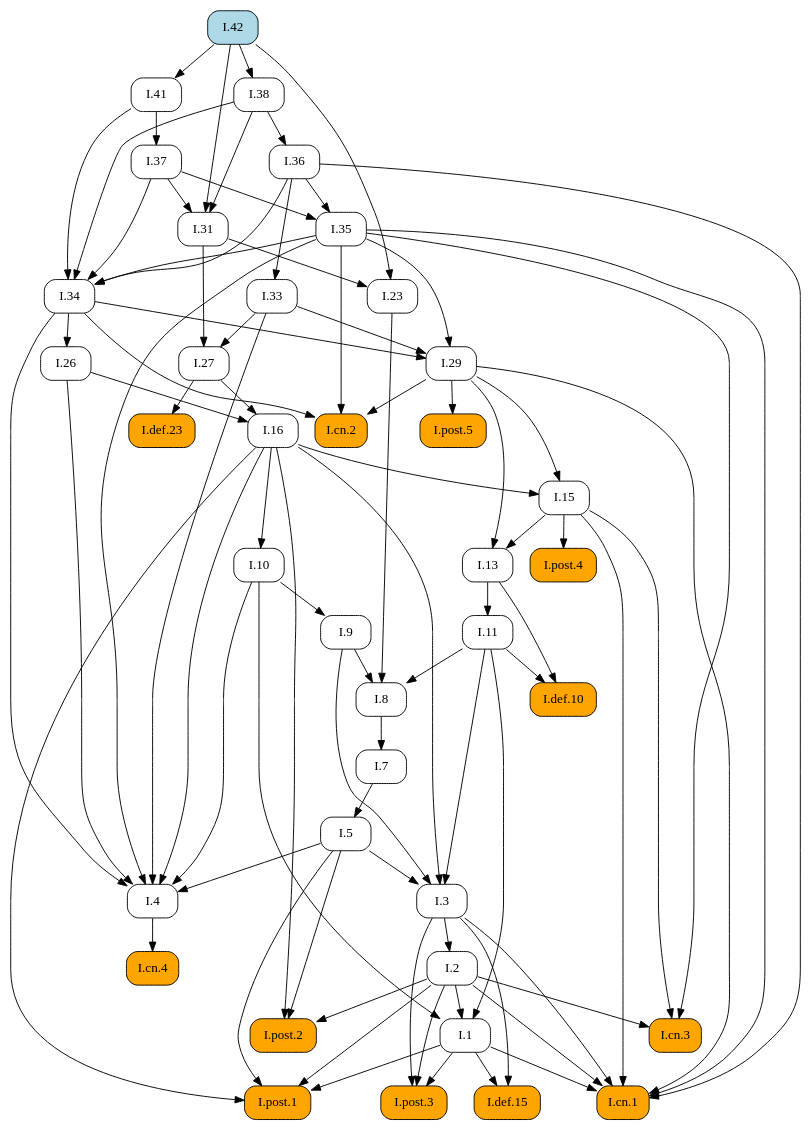
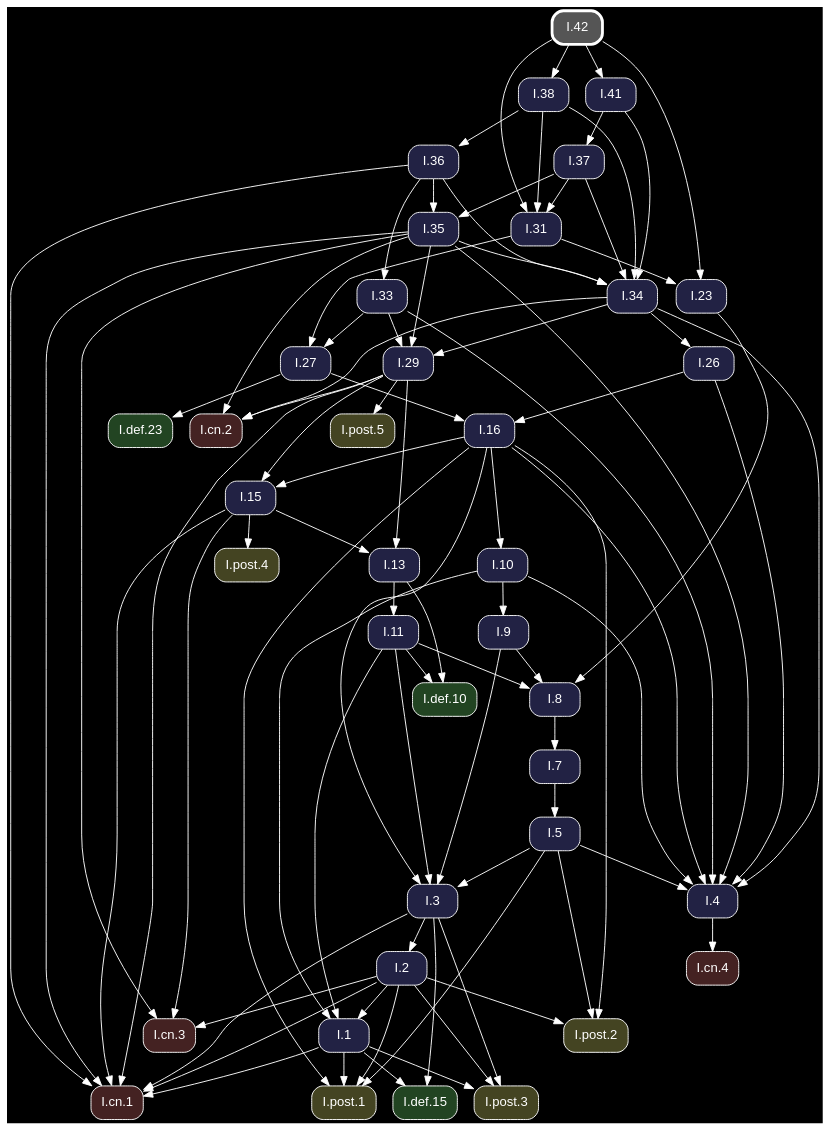
Before and after one commit to geometor/elements: the diagram in docsrc/heath/I/42/index.rst, drawn with Graphviz. The commit also changed other lines of this file and 1200 other files, not shown here.

Commit message:
update dependency graphs

```diff
--- a/docsrc/heath/I/42/index.rst
+++ b/docsrc/heath/I/42/index.rst
@@ -39,77 +39,55 @@
 .. graphviz::
 
    digraph {
+     bgcolor="black";
+     node [shape=box, style="rounded,filled", fontname="Helvetica", color="white", fontcolor="white"];
+     edge [color="white", fontcolor="white"];
      rankdir="TB";
-     node [shape=box, style=rounded];
-     "I.23" [URL="/heath/I/23/", target="_top"];
-     "I.9" [URL="/heath/I/9/", target="_top"];
-     "I.33" [URL="/heath/I/33/", target="_top"];
-     "I.def.15" [style="rounded,filled", fillcolor=orange, URL="/heath/I/def.15/", target="_top"];
-     "I.post.3" [style="rounded,filled", fillcolor=orange, URL="/heath/I/post.3/", target="_top"];
-     "I.post.1" [style="rounded,filled", fillcolor=orange, URL="/heath/I/post.1/", target="_top"];
-     "I.42" [style="rounded,filled", fillcolor=lightblue, URL="/heath/I/42/", target="_top"];
-     "I.31" [URL="/heath/I/31/", target="_top"];
-     "I.def.10" [style="rounded,filled", fillcolor=orange, URL="/heath/I/def.10/", target="_top"];
-     "I.27" [URL="/heath/I/27/", target="_top"];
-     "I.34" [URL="/heath/I/34/", target="_top"];
-     "I.3" [URL="/heath/I/3/", target="_top"];
-     "I.35" [URL="/heath/I/35/", target="_top"];
-     "I.cn.1" [style="rounded,filled", fillcolor=orange, URL="/heath/I/cn.1/", target="_top"];
-     "I.7" [URL="/heath/I/7/", target="_top"];
-     "I.2" [URL="/heath/I/2/", target="_top"];
-     "I.36" [URL="/heath/I/36/", target="_top"];
-     "I.13" [URL="/heath/I/13/", target="_top"];
-     "I.post.4" [style="rounded,filled", fillcolor=orange, URL="/heath/I/post.4/", target="_top"];
-     "I.4" [URL="/heath/I/4/", target="_top"];
-     "I.1" [URL="/heath/I/1/", target="_top"];
-     "I.5" [URL="/heath/I/5/", target="_top"];
-     "I.37" [URL="/heath/I/37/", target="_top"];
-     "I.8" [URL="/heath/I/8/", target="_top"];
-     "I.29" [URL="/heath/I/29/", target="_top"];
-     "I.cn.3" [style="rounded,filled", fillcolor=orange, URL="/heath/I/cn.3/", target="_top"];
-     "I.16" [URL="/heath/I/16/", target="_top"];
-     "I.38" [URL="/heath/I/38/", target="_top"];
-     "I.15" [URL="/heath/I/15/", target="_top"];
-     "I.10" [URL="/heath/I/10/", target="_top"];
-     "I.11" [URL="/heath/I/11/", target="_top"];
-     "I.def.23" [style="rounded,filled", fillcolor=orange, URL="/heath/I/def.23/", target="_top"];
-     "I.cn.2" [style="rounded,filled", fillcolor=orange, URL="/heath/I/cn.2/", target="_top"];
-     "I.post.5" [style="rounded,filled", fillcolor=orange, URL="/heath/I/post.5/", target="_top"];
-     "I.cn.4" [style="rounded,filled", fillcolor=orange, URL="/heath/I/cn.4/", target="_top"];
-     "I.41" [URL="/heath/I/41/", target="_top"];
-     "I.post.2" [style="rounded,filled", fillcolor=orange, URL="/heath/I/post.2/", target="_top"];
-     "I.26" [URL="/heath/I/26/", target="_top"];
-     "I.31" -> "I.23";
-     "I.42" -> "I.23";
-     "I.10" -> "I.9";
-     "I.36" -> "I.33";
-     "I.1" -> "I.def.15";
-     "I.3" -> "I.def.15";
-     "I.1" -> "I.post.3";
-     "I.2" -> "I.post.3";
-     "I.3" -> "I.post.3";
-     "I.1" -> "I.post.1";
-     "I.2" -> "I.post.1";
-     "I.5" -> "I.post.1";
-     "I.16" -> "I.post.1";
+     "I.31" [fillcolor="#222244", URL="/heath/I/31/", target="_top"];
+     "I.3" [fillcolor="#222244", URL="/heath/I/3/", target="_top"];
+     "I.cn.1" [fillcolor="#442222", URL="/heath/I/cn.1/", target="_top"];
+     "I.def.10" [fillcolor="#224422", URL="/heath/I/def.10/", target="_top"];
+     "I.15" [fillcolor="#222244", URL="/heath/I/15/", target="_top"];
+     "I.13" [fillcolor="#222244", URL="/heath/I/13/", target="_top"];
+     "I.27" [fillcolor="#222244", URL="/heath/I/27/", target="_top"];
+     "I.2" [fillcolor="#222244", URL="/heath/I/2/", target="_top"];
+     "I.41" [fillcolor="#222244", URL="/heath/I/41/", target="_top"];
+     "I.cn.2" [fillcolor="#442222", URL="/heath/I/cn.2/", target="_top"];
+     "I.9" [fillcolor="#222244", URL="/heath/I/9/", target="_top"];
+     "I.1" [fillcolor="#222244", URL="/heath/I/1/", target="_top"];
+     "I.post.5" [fillcolor="#444422", URL="/heath/I/post.5/", target="_top"];
+     "I.post.4" [fillcolor="#444422", URL="/heath/I/post.4/", target="_top"];
+     "I.23" [fillcolor="#222244", URL="/heath/I/23/", target="_top"];
+     "I.26" [fillcolor="#222244", URL="/heath/I/26/", target="_top"];
+     "I.42" [penwidth=3, color="white", fillcolor="#555555", URL="/heath/I/42/", target="_top"];
+     "I.8" [fillcolor="#222244", URL="/heath/I/8/", target="_top"];
+     "I.4" [fillcolor="#222244", URL="/heath/I/4/", target="_top"];
+     "I.7" [fillcolor="#222244", URL="/heath/I/7/", target="_top"];
+     "I.5" [fillcolor="#222244", URL="/heath/I/5/", target="_top"];
+     "I.10" [fillcolor="#222244", URL="/heath/I/10/", target="_top"];
+     "I.post.1" [fillcolor="#444422", URL="/heath/I/post.1/", target="_top"];
+     "I.11" [fillcolor="#222244", URL="/heath/I/11/", target="_top"];
+     "I.37" [fillcolor="#222244", URL="/heath/I/37/", target="_top"];
+     "I.16" [fillcolor="#222244", URL="/heath/I/16/", target="_top"];
+     "I.cn.3" [fillcolor="#442222", URL="/heath/I/cn.3/", target="_top"];
+     "I.36" [fillcolor="#222244", URL="/heath/I/36/", target="_top"];
+     "I.38" [fillcolor="#222244", URL="/heath/I/38/", target="_top"];
+     "I.29" [fillcolor="#222244", URL="/heath/I/29/", target="_top"];
+     "I.post.2" [fillcolor="#444422", URL="/heath/I/post.2/", target="_top"];
+     "I.cn.4" [fillcolor="#442222", URL="/heath/I/cn.4/", target="_top"];
+     "I.def.23" [fillcolor="#224422", URL="/heath/I/def.23/", target="_top"];
+     "I.35" [fillcolor="#222244", URL="/heath/I/35/", target="_top"];
+     "I.post.3" [fillcolor="#444422", URL="/heath/I/post.3/", target="_top"];
+     "I.33" [fillcolor="#222244", URL="/heath/I/33/", target="_top"];
+     "I.34" [fillcolor="#222244", URL="/heath/I/34/", target="_top"];
+     "I.def.15" [fillcolor="#224422", URL="/heath/I/def.15/", target="_top"];
      "I.37" -> "I.31";
      "I.38" -> "I.31";
      "I.42" -> "I.31";
-     "I.11" -> "I.def.10";
-     "I.13" -> "I.def.10";
-     "I.31" -> "I.27";
-     "I.33" -> "I.27";
-     "I.35" -> "I.34";
-     "I.36" -> "I.34";
-     "I.37" -> "I.34";
-     "I.38" -> "I.34";
-     "I.41" -> "I.34";
      "I.5" -> "I.3";
      "I.9" -> "I.3";
      "I.11" -> "I.3";
      "I.16" -> "I.3";
-     "I.36" -> "I.35";
-     "I.37" -> "I.35";
      "I.1" -> "I.cn.1";
      "I.2" -> "I.cn.1";
      "I.3" -> "I.cn.1";
@@ -117,12 +95,31 @@
      "I.29" -> "I.cn.1";
      "I.35" -> "I.cn.1";
      "I.36" -> "I.cn.1";
-     "I.8" -> "I.7";
-     "I.3" -> "I.2";
-     "I.38" -> "I.36";
+     "I.11" -> "I.def.10";
+     "I.13" -> "I.def.10";
+     "I.16" -> "I.15";
+     "I.29" -> "I.15";
      "I.15" -> "I.13";
      "I.29" -> "I.13";
+     "I.31" -> "I.27";
+     "I.33" -> "I.27";
+     "I.3" -> "I.2";
+     "I.42" -> "I.41";
+     "I.29" -> "I.cn.2";
+     "I.34" -> "I.cn.2";
+     "I.35" -> "I.cn.2";
+     "I.10" -> "I.9";
+     "I.2" -> "I.1";
+     "I.10" -> "I.1";
+     "I.11" -> "I.1";
+     "I.29" -> "I.post.5";
      "I.15" -> "I.post.4";
+     "I.31" -> "I.23";
+     "I.42" -> "I.23";
+     "I.34" -> "I.26";
+     "I.9" -> "I.8";
+     "I.11" -> "I.8";
+     "I.23" -> "I.8";
      "I.5" -> "I.4";
      "I.10" -> "I.4";
      "I.16" -> "I.4";
@@ -130,36 +127,41 @@
      "I.33" -> "I.4";
      "I.34" -> "I.4";
      "I.35" -> "I.4";
-     "I.2" -> "I.1";
-     "I.10" -> "I.1";
-     "I.11" -> "I.1";
+     "I.8" -> "I.7";
      "I.7" -> "I.5";
+     "I.16" -> "I.10";
+     "I.1" -> "I.post.1";
+     "I.2" -> "I.post.1";
+     "I.5" -> "I.post.1";
+     "I.16" -> "I.post.1";
+     "I.13" -> "I.11";
      "I.41" -> "I.37";
-     "I.9" -> "I.8";
-     "I.11" -> "I.8";
-     "I.23" -> "I.8";
+     "I.26" -> "I.16";
+     "I.27" -> "I.16";
+     "I.2" -> "I.cn.3";
+     "I.15" -> "I.cn.3";
+     "I.35" -> "I.cn.3";
+     "I.38" -> "I.36";
+     "I.42" -> "I.38";
      "I.33" -> "I.29";
      "I.34" -> "I.29";
      "I.35" -> "I.29";
-     "I.2" -> "I.cn.3";
-     "I.15" -> "I.cn.3";
-     "I.35" -> "I.cn.3";
-     "I.26" -> "I.16";
-     "I.27" -> "I.16";
-     "I.42" -> "I.38";
-     "I.16" -> "I.15";
-     "I.29" -> "I.15";
-     "I.16" -> "I.10";
-     "I.13" -> "I.11";
-     "I.27" -> "I.def.23";
-     "I.29" -> "I.cn.2";
-     "I.34" -> "I.cn.2";
-     "I.35" -> "I.cn.2";
-     "I.29" -> "I.post.5";
-     "I.4" -> "I.cn.4";
-     "I.42" -> "I.41";
      "I.2" -> "I.post.2";
      "I.5" -> "I.post.2";
      "I.16" -> "I.post.2";
-     "I.34" -> "I.26";
+     "I.4" -> "I.cn.4";
+     "I.27" -> "I.def.23";
+     "I.36" -> "I.35";
+     "I.37" -> "I.35";
+     "I.1" -> "I.post.3";
+     "I.2" -> "I.post.3";
+     "I.3" -> "I.post.3";
+     "I.36" -> "I.33";
+     "I.35" -> "I.34";
+     "I.36" -> "I.34";
+     "I.37" -> "I.34";
+     "I.38" -> "I.34";
+     "I.41" -> "I.34";
+     "I.1" -> "I.def.15";
+     "I.3" -> "I.def.15";
    }
```
